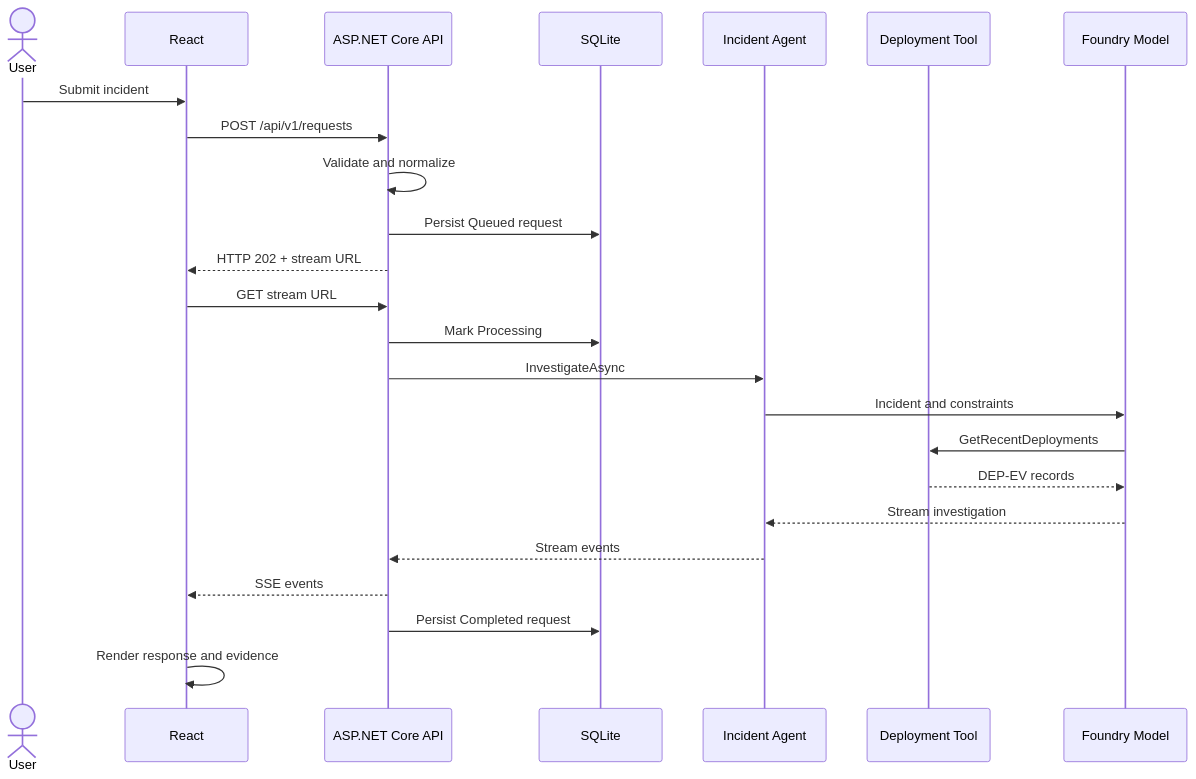
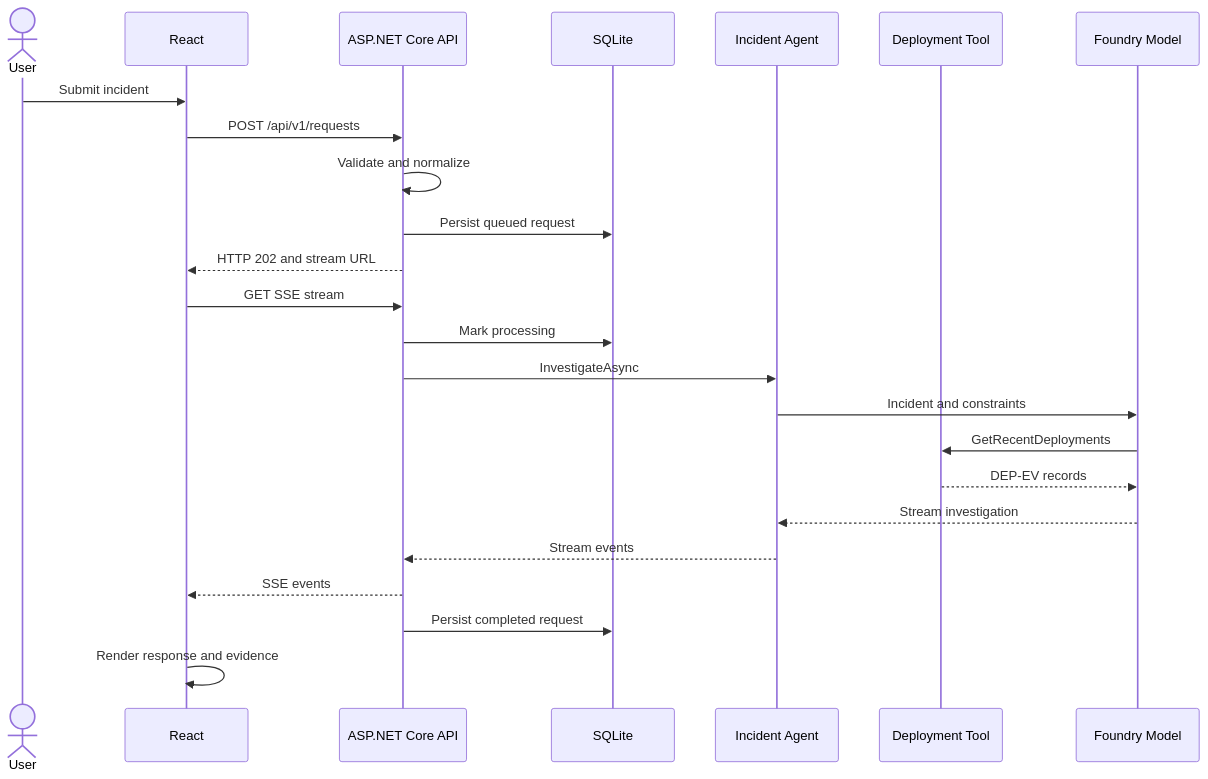
The second of 2 diagrams in README.md (PrencyN/AgentOpsNexus), drawn with Mermaid before and after one commit. The commit also changed other lines of this file and 4 other files, not shown here.

````diff
--- a/README.md
+++ b/README.md
@@ -365,28 +298,30 @@
 ```mermaid
 sequenceDiagram
     actor User
     participant React
     participant API as ASP.NET Core API
     participant DB as SQLite
     participant Agent as Incident Agent
     participant Tool as Deployment Tool
     participant Model as Foundry Model
 
     User->>React: Submit incident
     React->>API: POST /api/v1/requests
     API->>API: Validate and normalize
-    API->>DB: Persist Queued request
-    API-->>React: HTTP 202 + stream URL
+    API->>DB: Persist queued request
+    API-->>React: HTTP 202 and stream URL
 
-    React->>API: GET stream URL
-    API->>DB: Mark Processing
+    React->>API: GET SSE stream
+    API->>DB: Mark processing
     API->>Agent: InvestigateAsync
+
     Agent->>Model: Incident and constraints
     Model->>Tool: GetRecentDeployments
     Tool-->>Model: DEP-EV records
     Model-->>Agent: Stream investigation
+
     Agent-->>API: Stream events
     API-->>React: SSE events
-    API->>DB: Persist Completed request
+    API->>DB: Persist completed request
     React->>React: Render response and evidence
 ```
````
